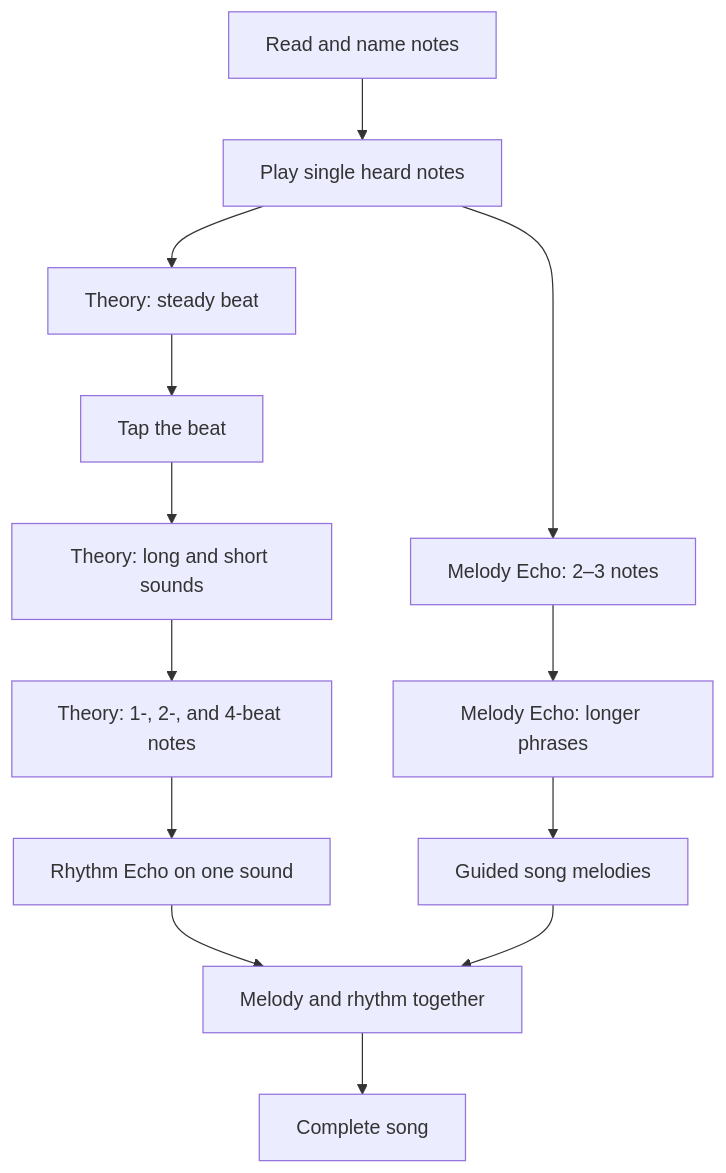
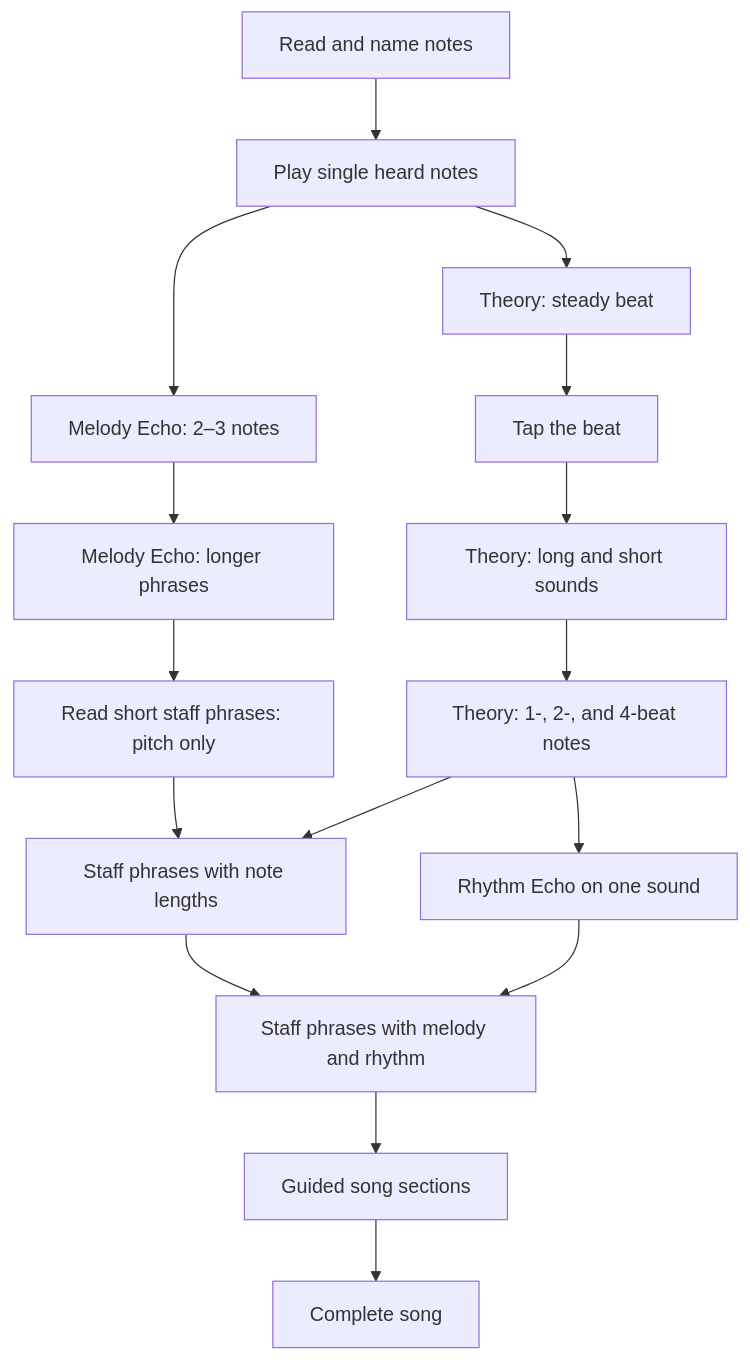
Before and after one commit to Impesoft/MusicTeacher: the diagram in docs/melody-rhythm-song-roadmap.md, drawn with Mermaid. The commit also changed other lines of this file and 9 other files, not shown here.

````diff
--- a/docs/melody-rhythm-song-roadmap.md
+++ b/docs/melody-rhythm-song-roadmap.md
@@ -30,15 +30,18 @@
 ```mermaid
 flowchart TD
     A["Read and name notes"] --> B["Play single heard notes"]
     B --> C["Melody Echo: 2–3 notes"]
     C --> D["Melody Echo: longer phrases"]
+    D --> J["Read short staff phrases: pitch only"]
     B --> E["Theory: steady beat"]
     E --> F["Tap the beat"]
     F --> G["Theory: long and short sounds"]
     G --> H["Theory: 1-, 2-, and 4-beat notes"]
     H --> I["Rhythm Echo on one sound"]
-    D --> J["Guided song melodies"]
-    I --> K["Melody and rhythm together"]
-    J --> K
-    K --> L["Complete song"]
+    J --> M["Staff phrases with note lengths"]
+    H --> M
+    M --> K["Staff phrases with melody and rhythm"]
+    I --> K
+    K --> N["Guided song sections"]
+    N --> L["Complete song"]
 ```
````
